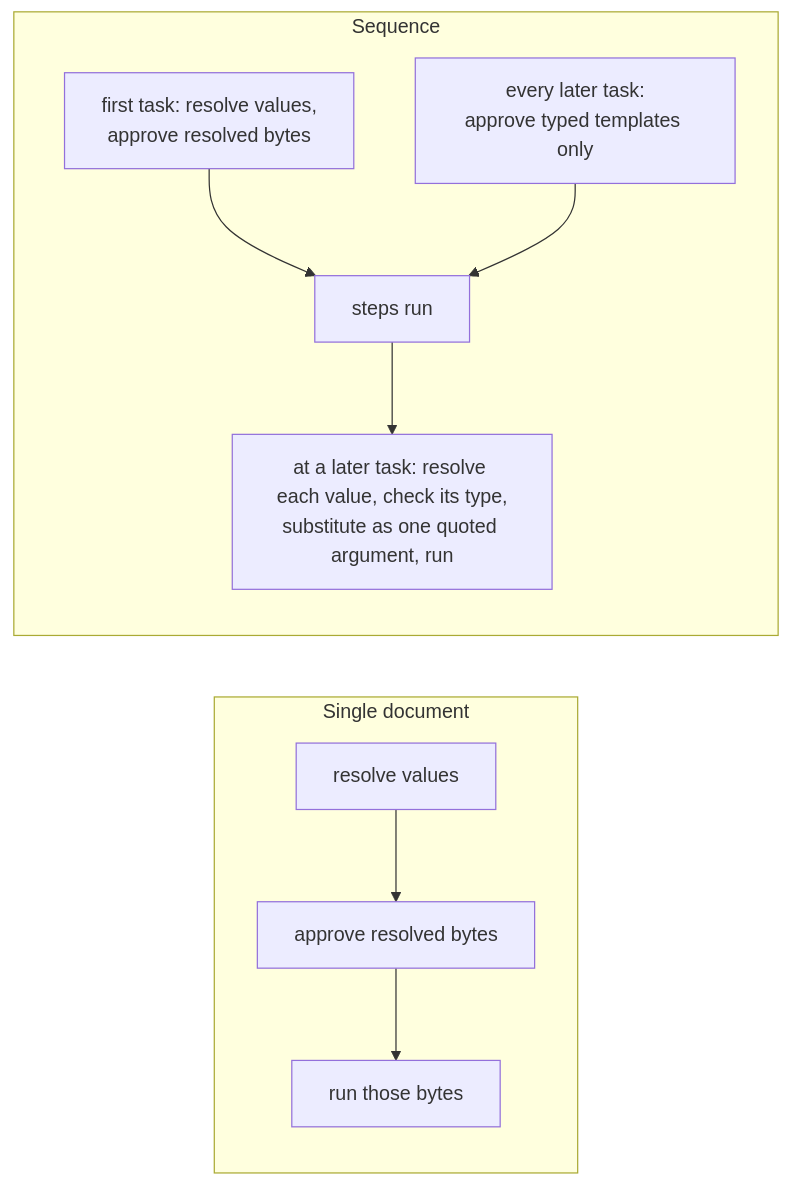
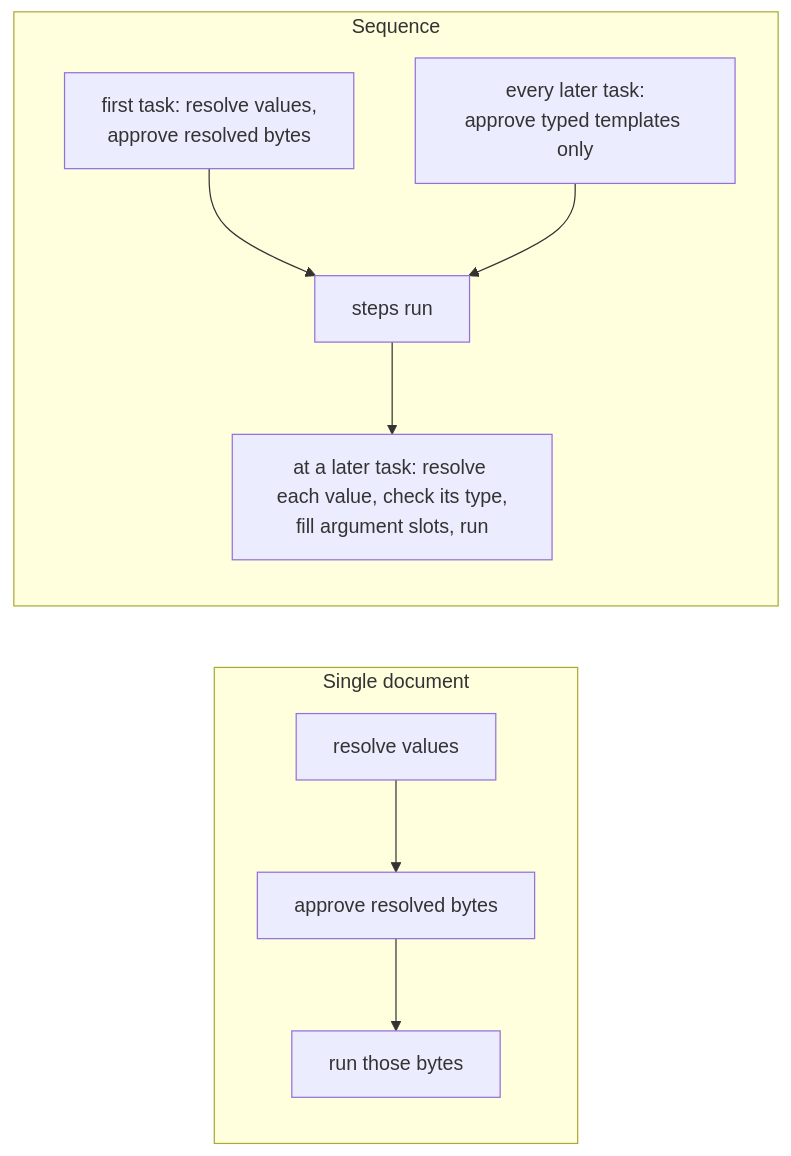
One commit to yankeeinlondon/rusty-biscuit changed the diagram in claudine/features/2026-10-23-shell-template-approval/spec.md. Above: the diagram before and after it, drawn with Mermaid. The commit also changed other lines of this file and 16 other files, not shown here.

````diff
--- a/claudine/features/2026-10-23-shell-template-approval/spec.md
+++ b/claudine/features/2026-10-23-shell-template-approval/spec.md
@@ -78,11 +86,11 @@
 ```mermaid
 flowchart LR
     subgraph single["Single document"]
         A1[resolve values] --> A2[approve resolved bytes] --> A3[run those bytes]
     end
     subgraph seq["Sequence"]
         B1["first task: resolve values,<br/>approve resolved bytes"] --> B3[steps run]
         B2["every later task:<br/>approve typed templates only"] --> B3
-        B3 --> B4["at a later task: resolve each value, check its type,<br/>substitute as one quoted argument, run"]
+        B3 --> B4["at a later task: resolve each value, check its type,<br/>fill argument slots, run"]
     end
 ```
````
